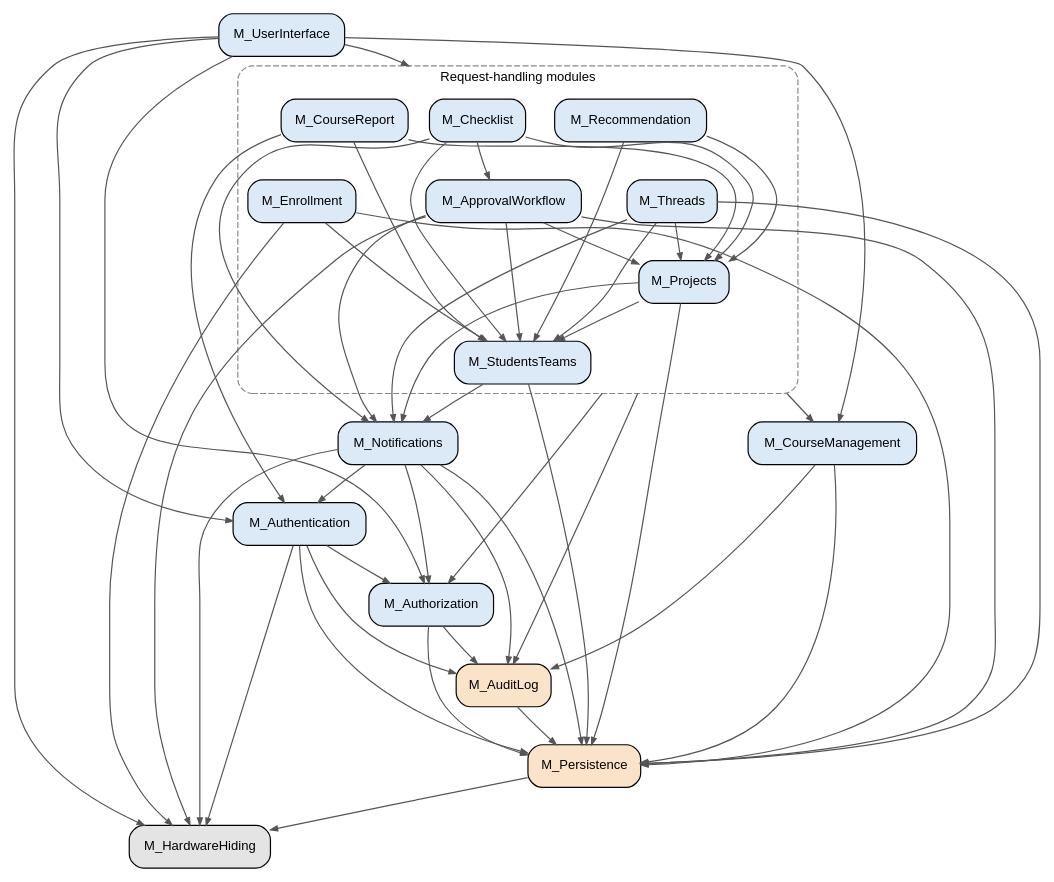
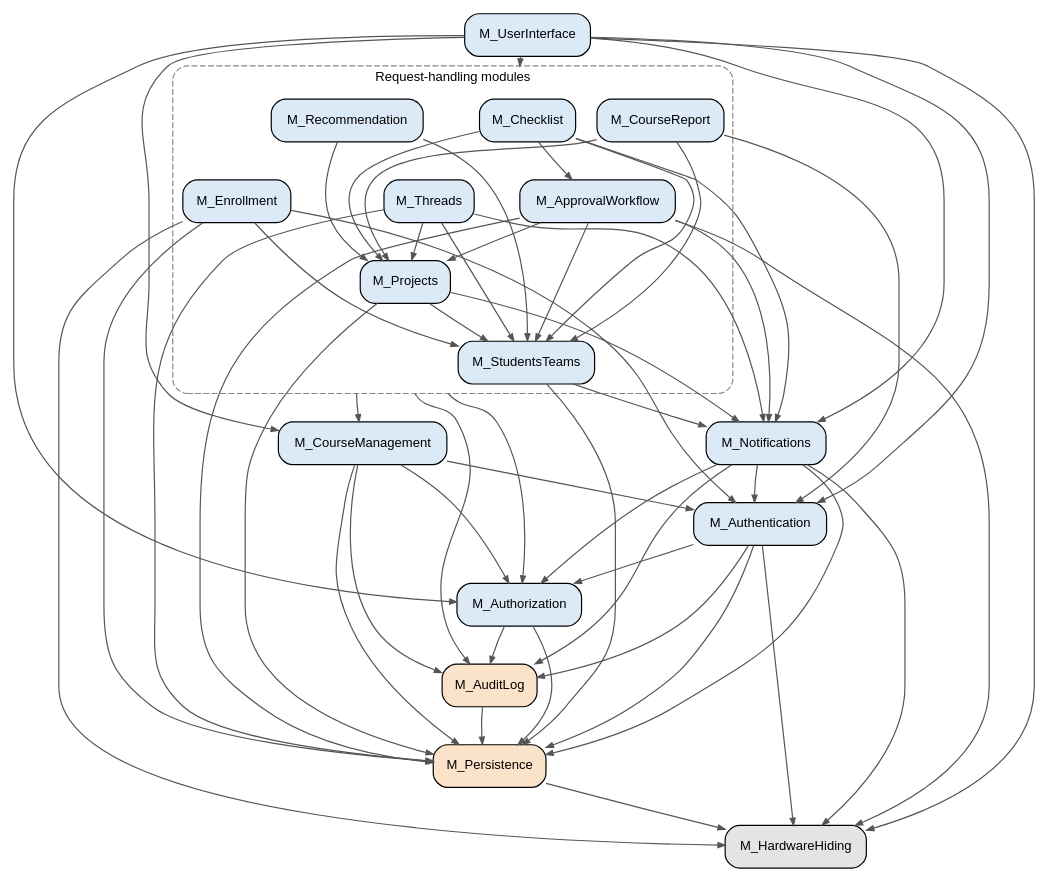
The diagram in docs/Design/SoftArchitecture/UsesHierarchy.dot (Ayushpatel2026/Keystone), drawn with Graphviz before and after one commit. The commit also changed 1 other file, not shown here.

```diff
--- a/docs/Design/SoftArchitecture/UsesHierarchy.dot
+++ b/docs/Design/SoftArchitecture/UsesHierarchy.dot
@@ -1,105 +1,107 @@
 // Uses hierarchy for the Keystone Module Guide (MG.tex, Section "Use Hierarchy
 // Between Modules").
 //
 // An arrow A -> B means "A uses B": A needs a correct B to do its job.
 // Arrows point down. Graphviz works out the layers on its own.
 //
 // The build renders this file to UsesHierarchy.pdf and fails if the graph has
 // a cycle. Preview locally:  dot -Tpdf UsesHierarchy.dot -o UsesHierarchy.pdf
 
 digraph UsesHierarchy {
   compound = true;     // lets an arrow start or end at a box (cluster)
   newrank = true;
   rankdir = TB;
   nodesep = 0.25;
   ranksep = 0.45;
   node [shape = box, style = "rounded,filled", fontname = "Helvetica", fontsize = 11];
   edge [arrowsize = 0.6, color = "#555555"];
 
   // ---------- Modules ----------
   // List each module once, after the colour for its type.
 
   // Behaviour-Hiding
   node [fillcolor = "#dce9f7"];
   M_UserInterface; M_Authentication; M_Authorization; M_CourseManagement;
   M_Notifications;
 
   // Request-handling modules (also Behaviour-Hiding). Every module in this box
   // uses the three modules the box's outgoing arrows point to.
   subgraph cluster_features {
     label = "Request-handling modules";
     fontname = "Helvetica"; fontsize = 11;
     style = "rounded,dashed"; color = "#888888";
 
     M_Projects; M_StudentsTeams; M_Recommendation; M_ApprovalWorkflow;
     M_Threads; M_Checklist; M_CourseReport; M_Enrollment;
   }
 
   // Software Decision
   node [fillcolor = "#fbe3c9"];
   M_Persistence; M_AuditLog;
 
   // Hardware-Hiding
   node [fillcolor = "#e4e4e4"];
   M_HardwareHiding;
 
   // ---------- Uses ----------
   // One line per module, listing the modules it uses:
   //   M_A -> { M_B M_C };
 
   M_UserInterface    -> { M_Authentication M_Authorization M_CourseManagement
-                          M_HardwareHiding };
+                          M_HardwareHiding M_Notifications };
   // Into the box: M_UserInterface uses every request-handling module.
   M_UserInterface    -> M_Checklist [lhead = cluster_features];
 
   // Out of the box: every request-handling module uses these.
   M_Projects -> M_Authorization    [ltail = cluster_features];
   M_Projects -> M_CourseManagement [ltail = cluster_features];
   M_Projects -> M_AuditLog         [ltail = cluster_features];
 
   // Request-handling modules, beyond the shared uses above. Only modules that
   // keep their own records use M_Persistence; the others read records through
   // the modules that own them.
   M_Projects          -> { M_StudentsTeams M_Notifications M_Persistence };
   M_StudentsTeams     -> { M_Notifications M_Persistence };
   M_Recommendation    -> { M_StudentsTeams M_Projects };
   M_ApprovalWorkflow  -> { M_Projects M_StudentsTeams M_Notifications
                            M_Persistence M_HardwareHiding };
   M_Threads           -> { M_Projects M_StudentsTeams M_Notifications M_Persistence };
   M_Checklist         -> { M_Projects M_StudentsTeams M_ApprovalWorkflow
                            M_Notifications };
   M_CourseReport      -> { M_Projects M_StudentsTeams M_Authentication };
-  M_Enrollment        -> { M_StudentsTeams M_Persistence M_HardwareHiding };
+  M_Enrollment        -> { M_StudentsTeams M_Persistence M_HardwareHiding
+                           M_Authentication };
 
   // Other modules.
   M_Authentication    -> { M_Authorization M_AuditLog M_Persistence
                            M_HardwareHiding };
   M_Authorization     -> { M_AuditLog M_Persistence };
-  M_CourseManagement  -> { M_AuditLog M_Persistence };
+  M_CourseManagement  -> { M_Authentication M_Authorization M_AuditLog
+                           M_Persistence };
   M_Notifications     -> { M_Authentication M_Authorization M_AuditLog
                            M_Persistence M_HardwareHiding };
 
   M_AuditLog      -> { M_Persistence };
   M_Persistence   -> { M_HardwareHiding };
 
   // ---------- Layout only (no effect on the uses relation) ----------
   // Rows, top to bottom. Keep each row to about four modules, and put every
   // module in a row below all the modules that use it, so arrows point down.
   // The invisible arrows keep the rows in this order.
   { rank = same; M_UserInterface; }
   { rank = same; M_Checklist; M_Recommendation; M_CourseReport; }
   { rank = same; M_ApprovalWorkflow; M_Threads; M_Enrollment; }
   { rank = same; M_Projects; }
   { rank = same; M_StudentsTeams; }
   { rank = same; M_Notifications; M_CourseManagement; }
   { rank = same; M_Authentication; }
   { rank = same; M_Authorization; }
   { rank = same; M_AuditLog; }
   { rank = same; M_Persistence; }
   { rank = same; M_HardwareHiding; }
 
   M_UserInterface -> M_Checklist -> M_ApprovalWorkflow -> M_Projects
     -> M_StudentsTeams -> M_Notifications -> M_Authentication
     -> M_Authorization -> M_AuditLog -> M_Persistence -> M_HardwareHiding
     [style = invis];
 }
```
